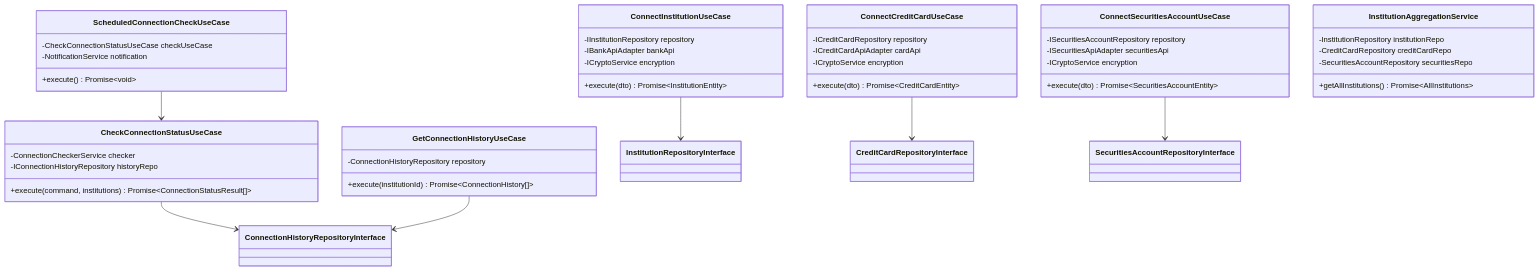
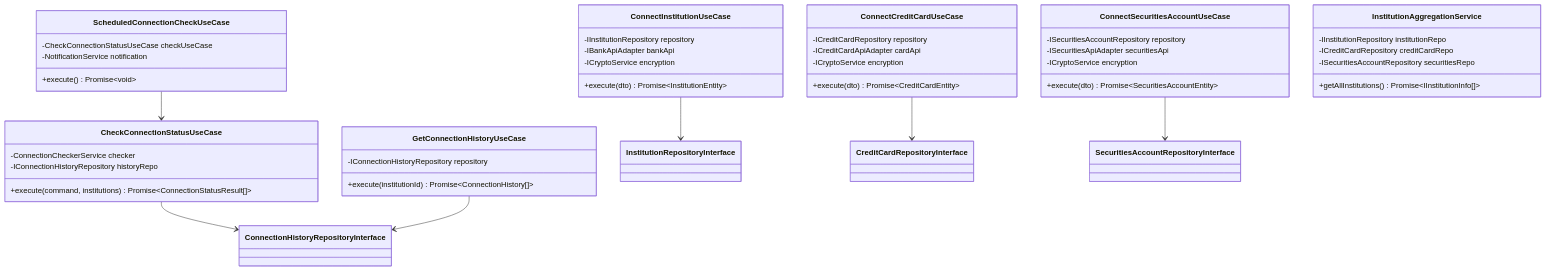
The fifth of 13 diagrams in docs/detailed-design/FR-001-005_institution-integration/class-diagrams.md (kencom2400/account-book), drawn with Mermaid before and after one commit. The commit also changed other lines of this file and 2 other files, not shown here.

Commit message:
docs: Geminiレビュー第3弾の指摘を反映
【ドキュメントと実装の整合性確保】

## High Priority対応（3件）

1. 通知クリーンアップバッチ: 却下ステータス削除ロジック追加
   - 実装例に7日後削除ロジックを追加
   - 既にIssue #211で実装タスク管理中

2. Onion Architecture違反の修正（Presentation→Infrastructure）
   - 直接依存の点線を削除
   - 依存性注入による疎結合を注釈で明記

3. Application層の具象依存を修正
   - GetConnectionHistoryUseCase: IConnectionHistoryRepositoryに修正
   - InstitutionAggregationService: 全てインターフェースに修正
   - 実装コードを確認し、正確に反映

## Medium Priority対応（4件）

4. apiKey制約の不一致を解消
   - バリデーションルールに統一（1-500文字）

5. accountNumber制約の不一致を解消
   - 「任意長」→「1-50文字」に統一

6. エラーハンドリングのstatusCode問題
   - error.statusCode存在チェックを追加
   - タイムアウトエラーの判定ロジックを追加
   - 型安全なエラーハンドリング実装例に更新

7. POST /api/institutions の仕様曖昧さ
   - Issue #213を作成（API設計の明確化が必要）

## Issue作成

- #213: POST /api/institutions エンドポイントの対象範囲を明確化
  - 銀行専用 or 汎用エンドポイントの決定が必要
  - ドキュメントと実装の整合性確保

````diff
--- a/docs/detailed-design/FR-001-005_institution-integration/class-diagrams.md
+++ b/docs/detailed-design/FR-001-005_institution-integration/class-diagrams.md
@@ -293,54 +293,54 @@
 ```mermaid
 classDiagram
     class ConnectInstitutionUseCase {
         -IInstitutionRepository repository
         -IBankApiAdapter bankApi
         -ICryptoService encryption
         +execute(dto) Promise~InstitutionEntity~
     }
 
     class ConnectCreditCardUseCase {
         -ICreditCardRepository repository
         -ICreditCardApiAdapter cardApi
         -ICryptoService encryption
         +execute(dto) Promise~CreditCardEntity~
     }
 
     class ConnectSecuritiesAccountUseCase {
         -ISecuritiesAccountRepository repository
         -ISecuritiesApiAdapter securitiesApi
         -ICryptoService encryption
         +execute(dto) Promise~SecuritiesAccountEntity~
     }
 
     class CheckConnectionStatusUseCase {
         -ConnectionCheckerService checker
         -IConnectionHistoryRepository historyRepo
         +execute(command, institutions) Promise~ConnectionStatusResult[]~
     }
 
     class ScheduledConnectionCheckUseCase {
         -CheckConnectionStatusUseCase checkUseCase
         -NotificationService notification
         +execute() Promise~void~
     }
 
     class GetConnectionHistoryUseCase {
-        -ConnectionHistoryRepository repository
+        -IConnectionHistoryRepository repository
         +execute(institutionId) Promise~ConnectionHistory[]~
     }
 
     class InstitutionAggregationService {
-        -InstitutionRepository institutionRepo
-        -CreditCardRepository creditCardRepo
-        -SecuritiesAccountRepository securitiesRepo
-        +getAllInstitutions() Promise~AllInstitutions~
+        -IInstitutionRepository institutionRepo
+        -ICreditCardRepository creditCardRepo
+        -ISecuritiesAccountRepository securitiesRepo
+        +getAllInstitutions() Promise~IInstitutionInfo[]~
     }
 
     ConnectInstitutionUseCase --> InstitutionRepositoryInterface
     ConnectCreditCardUseCase --> CreditCardRepositoryInterface
     ConnectSecuritiesAccountUseCase --> SecuritiesAccountRepositoryInterface
     CheckConnectionStatusUseCase --> ConnectionHistoryRepositoryInterface
     ScheduledConnectionCheckUseCase --> CheckConnectionStatusUseCase
     GetConnectionHistoryUseCase --> ConnectionHistoryRepositoryInterface
 ```
````
